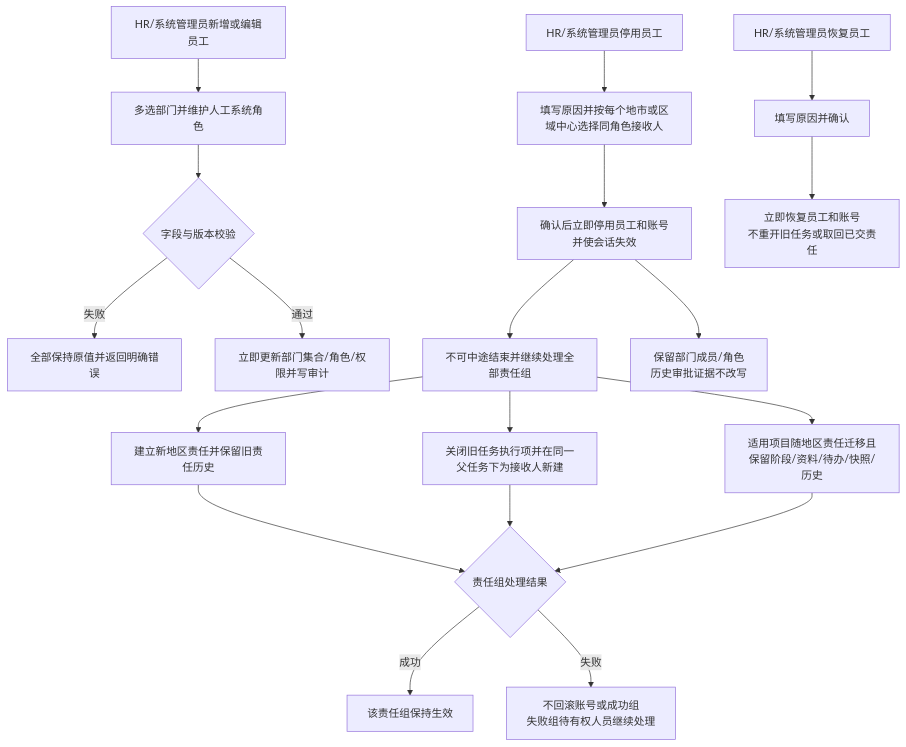
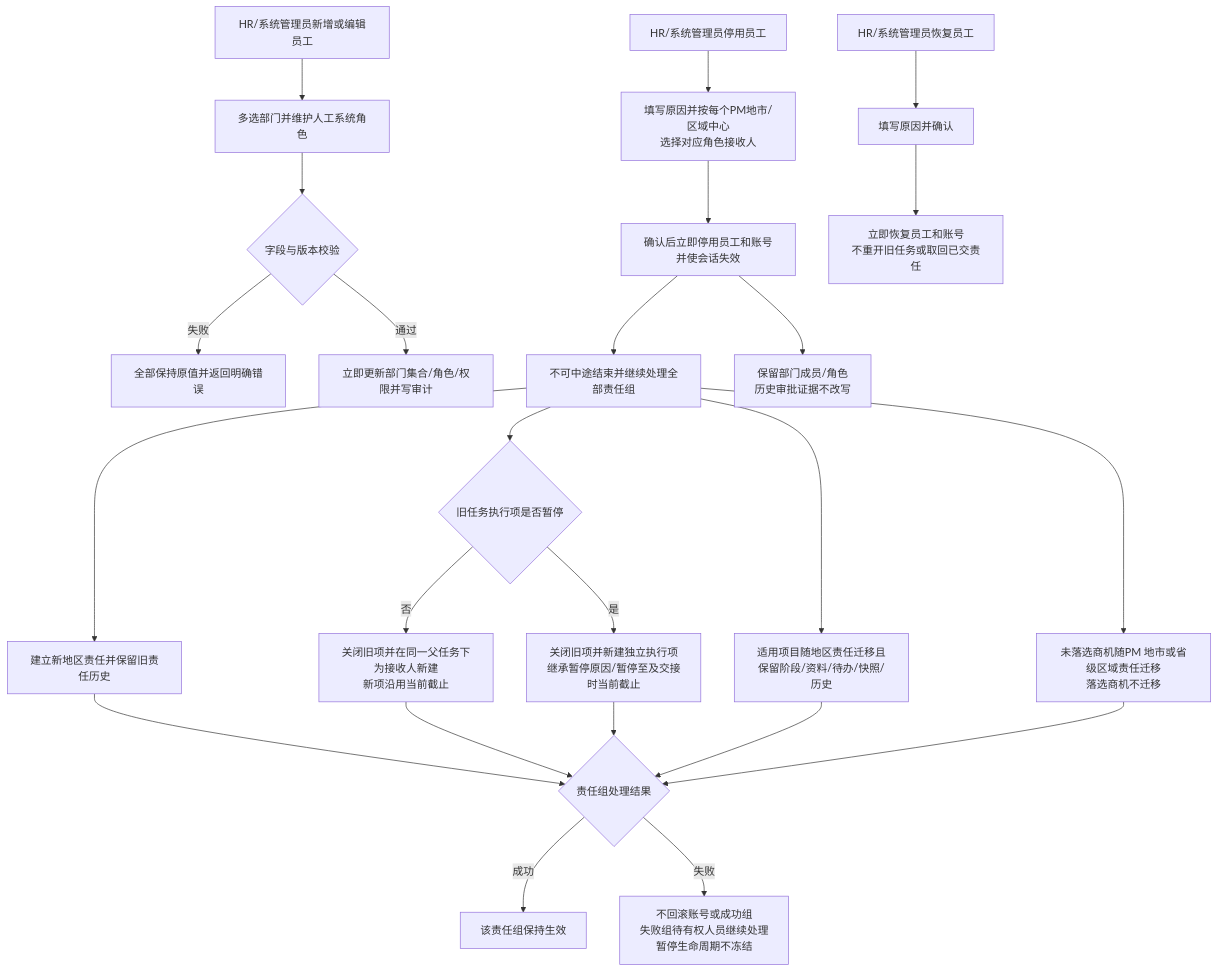
Before and after one commit to Joker-1030/Yingjia-Internal-Management-System: the diagram in prd-workspace/current/user-flows/FLOW-14-M06-employee-change-and-deactivation.md, drawn with Mermaid. The commit also changed other lines of this file and 83 other files, not shown here.

````diff
--- a/prd-workspace/current/user-flows/FLOW-14-M06-employee-change-and-deactivation.md
+++ b/prd-workspace/current/user-flows/FLOW-14-M06-employee-change-and-deactivation.md
@@ -8,21 +8,26 @@
 ```mermaid
 flowchart TD
     A[HR/系统管理员新增或编辑员工] --> B[多选部门并维护人工系统角色]
     B --> C{字段与版本校验}
     C -- 失败 --> D[全部保持原值并返回明确错误]
     C -- 通过 --> E[立即更新部门集合/角色/权限并写审计]
-    F[HR/系统管理员停用员工] --> G[填写原因并按每个地市或区域中心选择同角色接收人]
+    F[HR/系统管理员停用员工] --> G[填写原因并按每个PM地市/区域中心<br/>选择对应角色接收人]
     G --> H[确认后立即停用员工和账号并使会话失效]
     H --> I[不可中途结束并继续处理全部责任组]
     I --> J[建立新地区责任并保留旧责任历史]
-    I --> K[关闭旧任务执行项并在同一父任务下为接收人新建]
+    I --> K{旧任务执行项是否暂停}
+    K -- 否 --> K0[关闭旧项并在同一父任务下为接收人新建<br/>新项沿用当前截止]
+    K -- 是 --> K4[关闭旧项并新建独立执行项<br/>继承暂停原因/暂停至及交接时当前截止]
     I --> K1[适用项目随地区责任迁移且保留阶段/资料/待办/快照/历史]
+    I --> K3[未落选商机随PM 地市或省级区域责任迁移<br/>落选商机不迁移]
     J --> L1{责任组处理结果}
-    K --> L1
+    K0 --> L1
+    K4 --> L1
     K1 --> L1
+    K3 --> L1
     L1 -- 成功 --> L2[该责任组保持生效]
-    L1 -- 失败 --> L3[不回滚账号或成功组<br/>失败组待有权人员继续处理]
+    L1 -- 失败 --> L3[不回滚账号或成功组<br/>失败组待有权人员继续处理<br/>暂停生命周期不冻结]
     H --> K2[保留部门成员/角色<br/>历史审批证据不改写]
     M[HR/系统管理员恢复员工] --> N[填写原因并确认]
     N --> O[立即恢复员工和账号<br/>不重开旧任务或取回已交责任]
 ```
````
